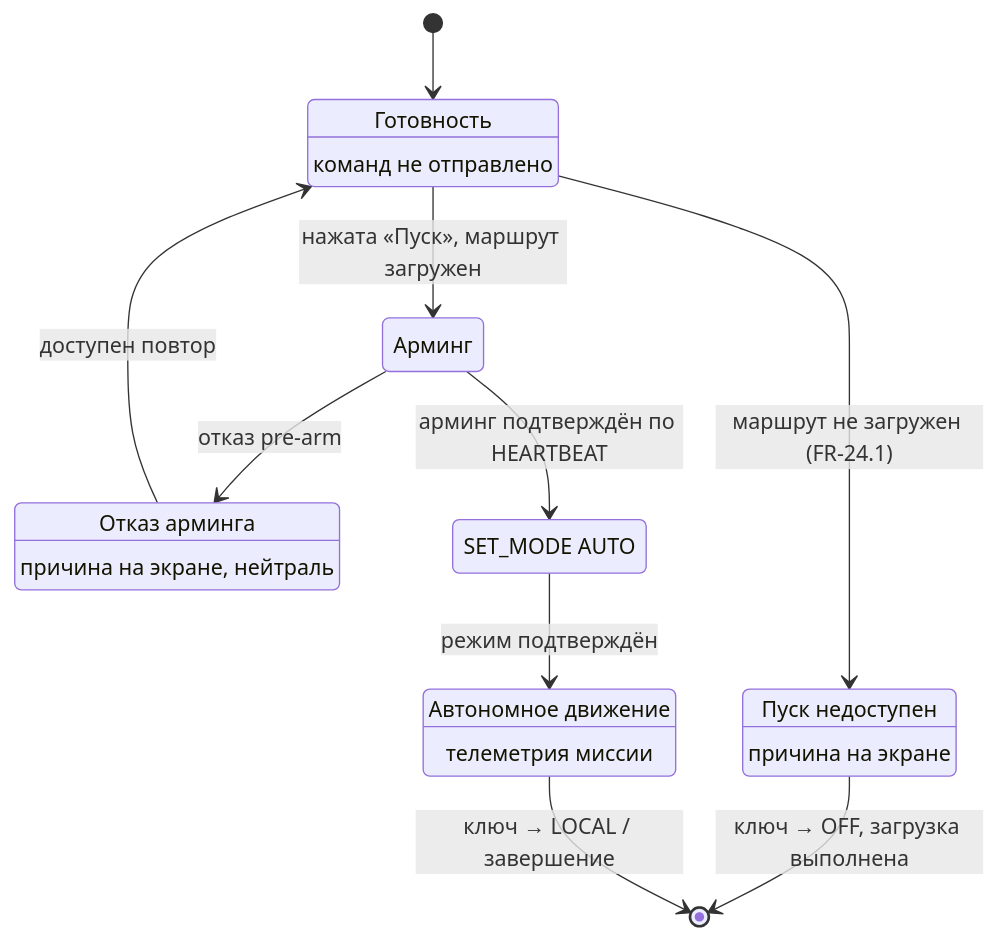
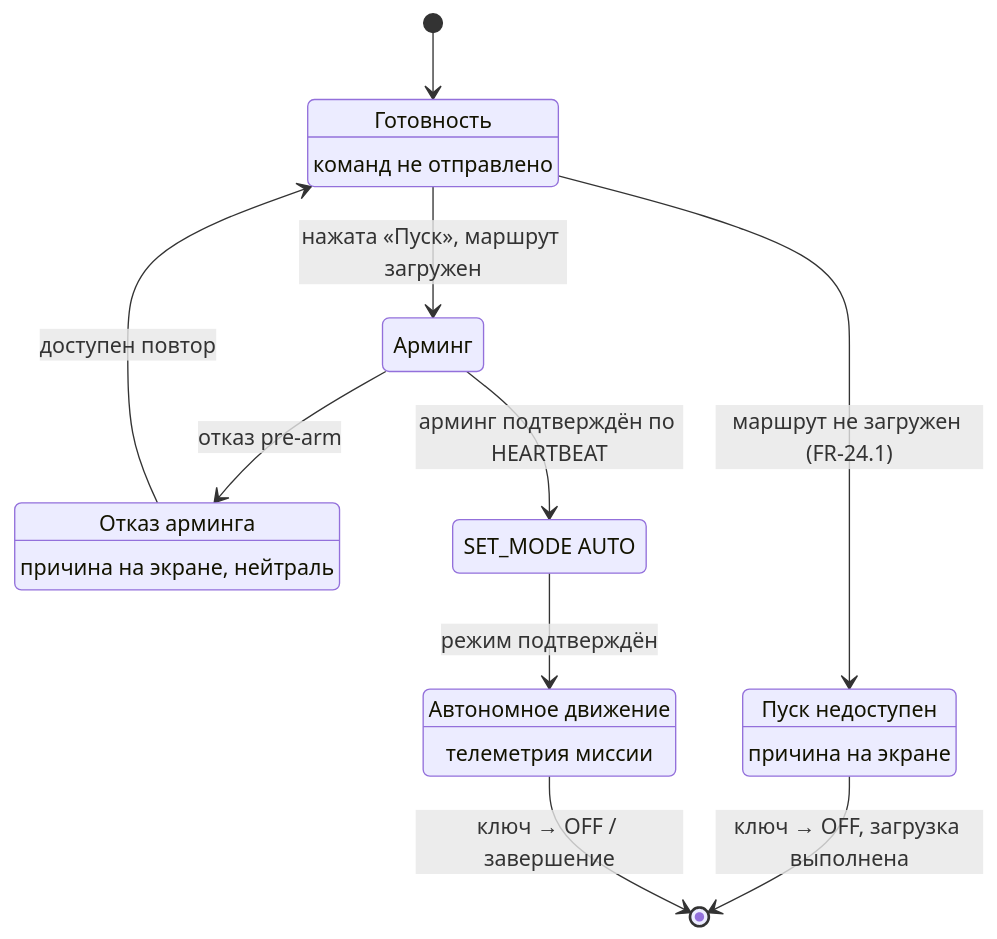
One commit to antonzavoychinskiy/Yellow-tracktor changed the third of 4 diagrams in remote/ESP32_модуль_управления_требования.md. Above: the diagram before and after it, drawn with Mermaid. The commit also changed other lines of this file and 43 other files, not shown here.

````diff
--- a/remote/ESP32_модуль_управления_требования.md
+++ b/remote/ESP32_модуль_управления_требования.md
@@ -546,26 +562,26 @@
 ```mermaid
 stateDiagram-v2
     [*] --> Ready
     Ready: Готовность
     Ready: команд не отправлено
 
     Ready --> Blocked: маршрут не загружен (FR-24.1)
     Blocked: Пуск недоступен
     Blocked: причина на экране
     Blocked --> [*]: ключ → OFF, загрузка выполнена
 
     Ready --> Arming: нажата «Пуск», маршрут загружен
     Arming: Арминг
     Arming --> ArmFailed: отказ pre-arm
     ArmFailed: Отказ арминга
     ArmFailed: причина на экране, нейтраль
     ArmFailed --> Ready: доступен повтор
 
     Arming --> SettingAuto: арминг подтверждён по HEARTBEAT
     SettingAuto: SET_MODE AUTO
     SettingAuto --> Moving: режим подтверждён
 
     Moving: Автономное движение
     Moving: телеметрия миссии
-    Moving --> [*]: ключ → LOCAL / завершение
+    Moving --> [*]: ключ → OFF / завершение
 ```
````
